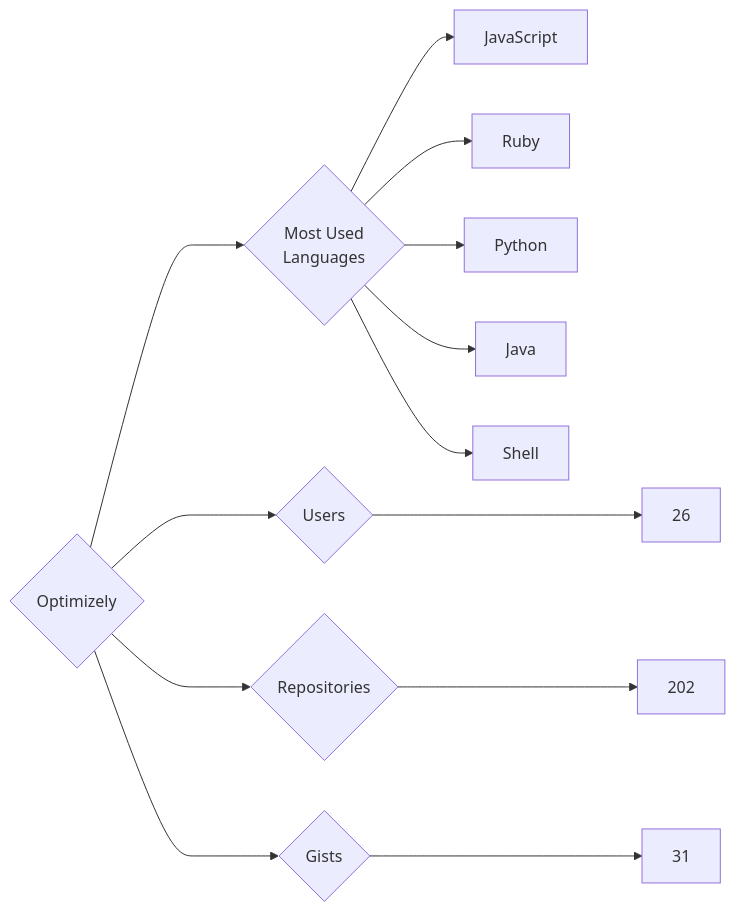
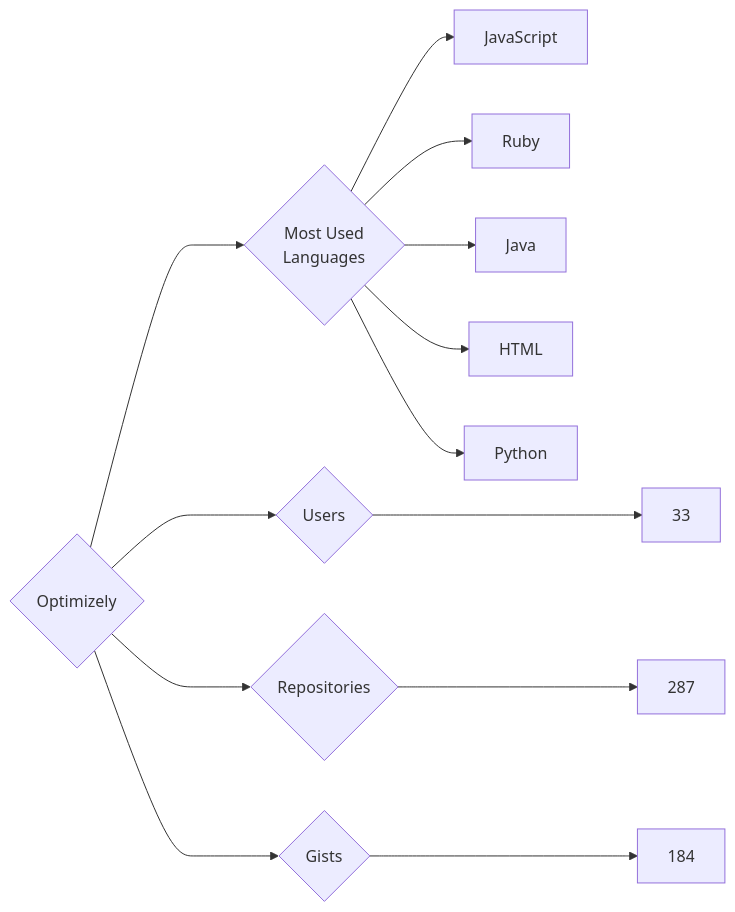
One commit to trickest/insiders changed the diagram in targets/Optimizely/README.md. Above: the diagram before and after it, drawn with Mermaid. The commit also changed 878 other files, not shown here.

````diff
--- a/targets/Optimizely/README.md
+++ b/targets/Optimizely/README.md
@@ -3,13 +3,13 @@
 ```mermaid
 graph LR
 COMPANY_NAME{Optimizely}
-COMPANY_NAME ---> U{Users} ---> UN[26]
-COMPANY_NAME ---> R{Repositories} ---> RN[202]
-COMPANY_NAME ---> G{Gists} ---> GN[31]
+COMPANY_NAME ---> U{Users} ---> UN[33]
+COMPANY_NAME ---> R{Repositories} ---> RN[287]
+COMPANY_NAME ---> G{Gists} ---> GN[184]
 COMPANY_NAME ---> ML{Most Used<br>Languages}
 ML --> JavaScript[JavaScript]
 ML --> Ruby[Ruby]
+ML --> Java[Java]
+ML --> HTML[HTML]
 ML --> Python[Python]
-ML --> Java[Java]
-ML --> Shell[Shell]
 ```
````
